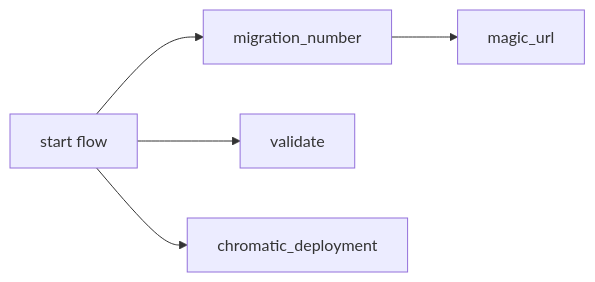
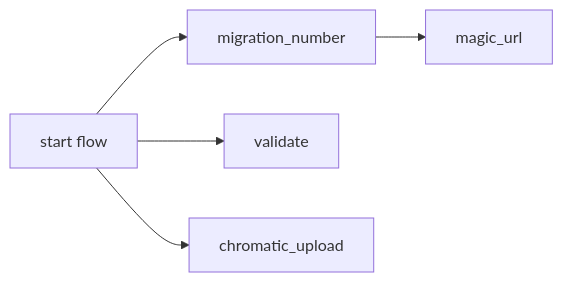
The second of 3 diagrams in .github/workflows/docs/frontend/frontend_runtime_application_pr.md (JupiterOne/.github), drawn with Mermaid before and after one commit. The commit also changed 34 other files, not shown here.

Commit message:
refactor-frontend-flow -- add deploy

````diff
--- a/.github/workflows/docs/frontend/frontend_runtime_application_pr.md
+++ b/.github/workflows/docs/frontend/frontend_runtime_application_pr.md
@@ -84,13 +84,13 @@
 ```mermaid
 graph LR;
     A[start flow];
     B[migration_number];
     C[magic_url];
     D[validate];
-    E[chromatic_deployment];
+    E[chromatic_upload];
 
     A --> B;
     A --> D;
     A --> E;
     B --> C;
 ```
````
